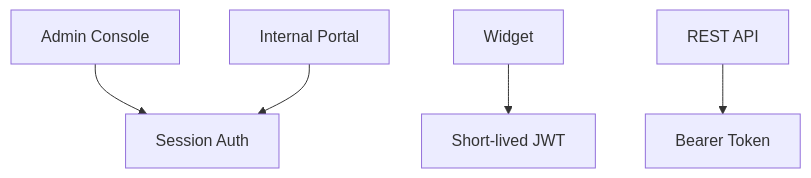
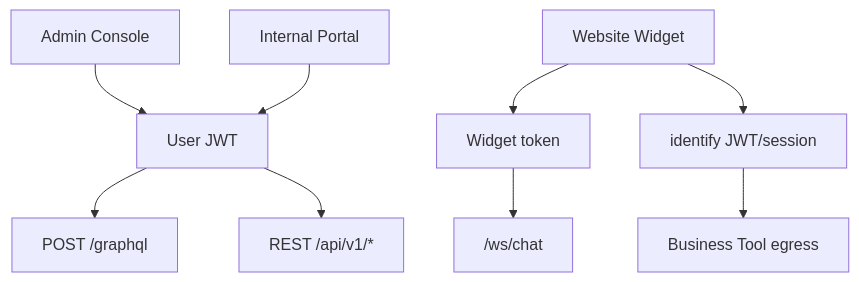
Before and after one commit to qefro-ai/qefro-documentation: the diagram in docs/platform/authentication.mdx, drawn with Mermaid. The commit also changed other lines of this file and 46 other files, not shown here.

````diff
--- a/docs/platform/authentication.mdx
+++ b/docs/platform/authentication.mdx
@@ -37,7 +45,11 @@
 ```mermaid
 flowchart TB
-  Admin[Admin Console] --> Session[Session Auth]
-  Portal[Internal Portal] --> Session
-  Widget[Widget] --> JWT[Short-lived JWT]
-  API[REST API] --> Bearer[Bearer Token]
+  Console[Admin Console] --> UserJWT[User JWT]
+  Portal[Internal Portal] --> UserJWT
+  UserJWT --> GQL[POST /graphql]
+  UserJWT --> REST[REST /api/v1/*]
+  Widget[Website Widget] --> WToken[Widget token]
+  WToken --> WS["/ws/chat"]
+  Widget --> Identify[identify JWT/session]
+  Identify --> Tools[Business Tool egress]
 ```
````
